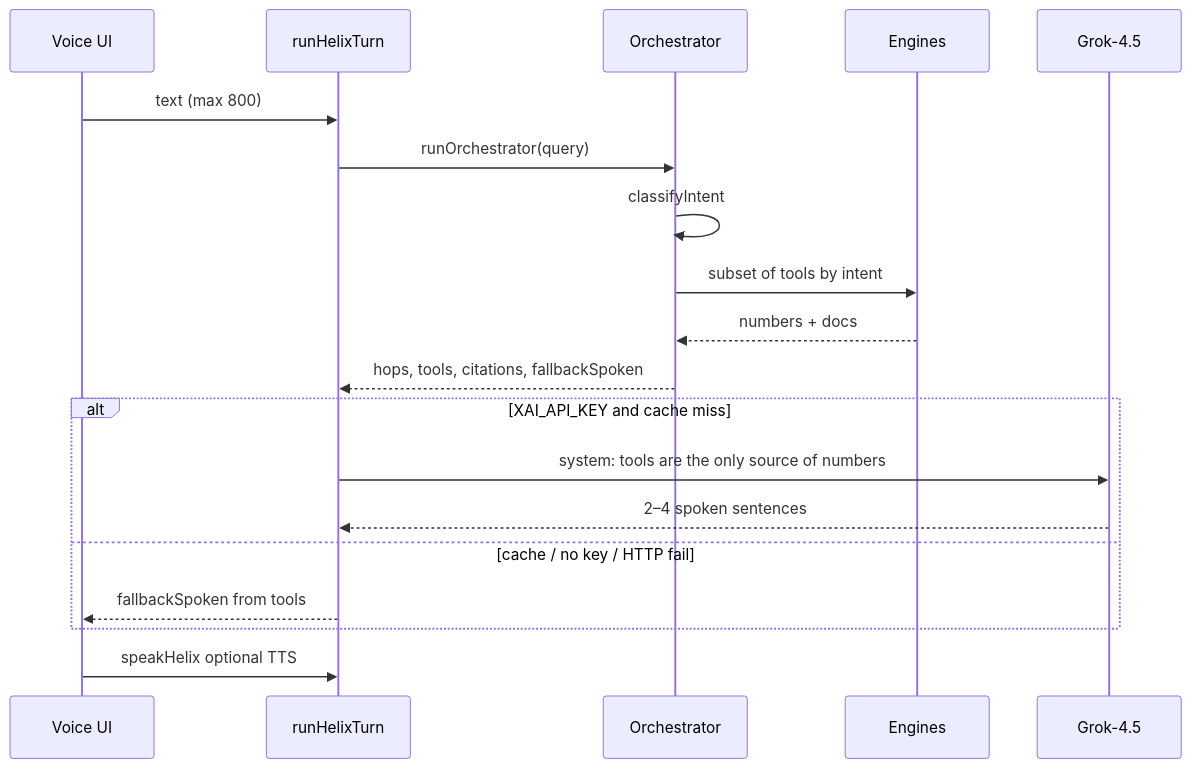
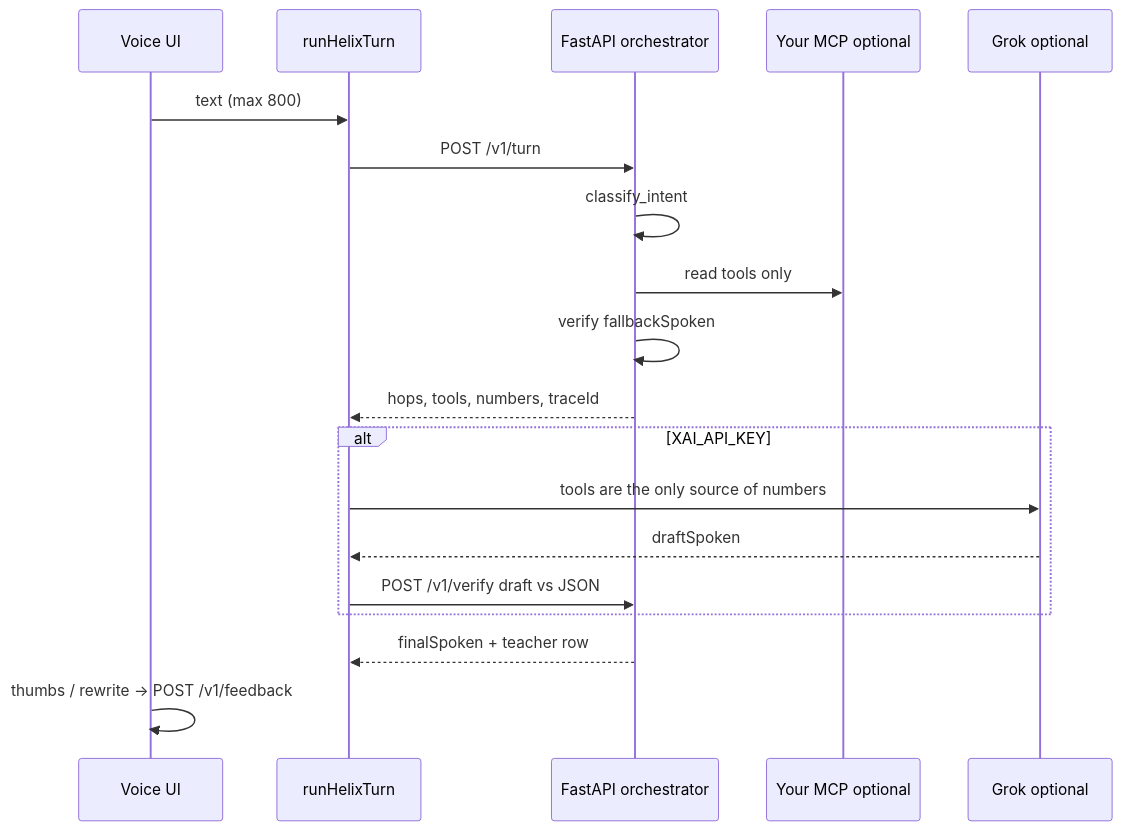
Before and after one commit to OlegUnreal/voice-agent-orchestration: the second of 2 diagrams in README.md, drawn with Mermaid. The commit also changed other lines of this file, not shown here.

First line of the commit message:
docs: rewrite README to match verifier, flywheel and live MCP

````diff
--- a/README.md
+++ b/README.md
@@ -183,22 +87,22 @@
 ```mermaid
 sequenceDiagram
   participant UI as Voice UI
   participant SF as runHelixTurn
-  participant ORC as Orchestrator
-  participant ENG as Engines
-  participant XAI as Grok-4.5
+  participant PY as FastAPI orchestrator
+  participant MCP as Your MCP optional
+  participant XAI as Grok optional
 
   UI->>SF: text (max 800)
-  SF->>ORC: runOrchestrator(query)
-  ORC->>ORC: classifyIntent
-  ORC->>ENG: subset of tools by intent
-  ENG-->>ORC: numbers + docs
-  ORC-->>SF: hops, tools, citations, fallbackSpoken
-  alt XAI_API_KEY and cache miss
-    SF->>XAI: system: tools are the only source of numbers
-    XAI-->>SF: 2–4 spoken sentences
-  else cache / no key / HTTP fail
-    SF-->>UI: fallbackSpoken from tools
+  SF->>PY: POST /v1/turn
+  PY->>PY: classify_intent
+  PY->>MCP: read tools only
+  PY->>PY: verify fallbackSpoken
+  PY-->>SF: hops, tools, numbers, traceId
+  alt XAI_API_KEY
+    SF->>XAI: tools are the only source of numbers
+    XAI-->>SF: draftSpoken
+    SF->>PY: POST /v1/verify draft vs JSON
   end
-  UI->>SF: speakHelix optional TTS
+  PY-->>SF: finalSpoken + teacher row
+  UI->>UI: thumbs / rewrite → POST /v1/feedback
 ```
````
